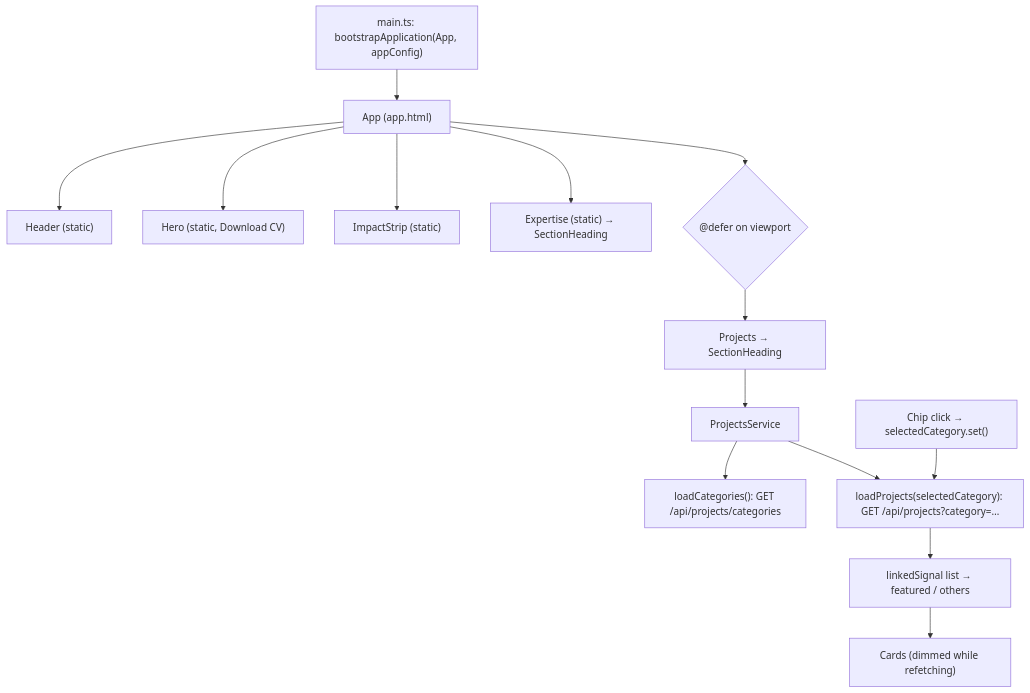
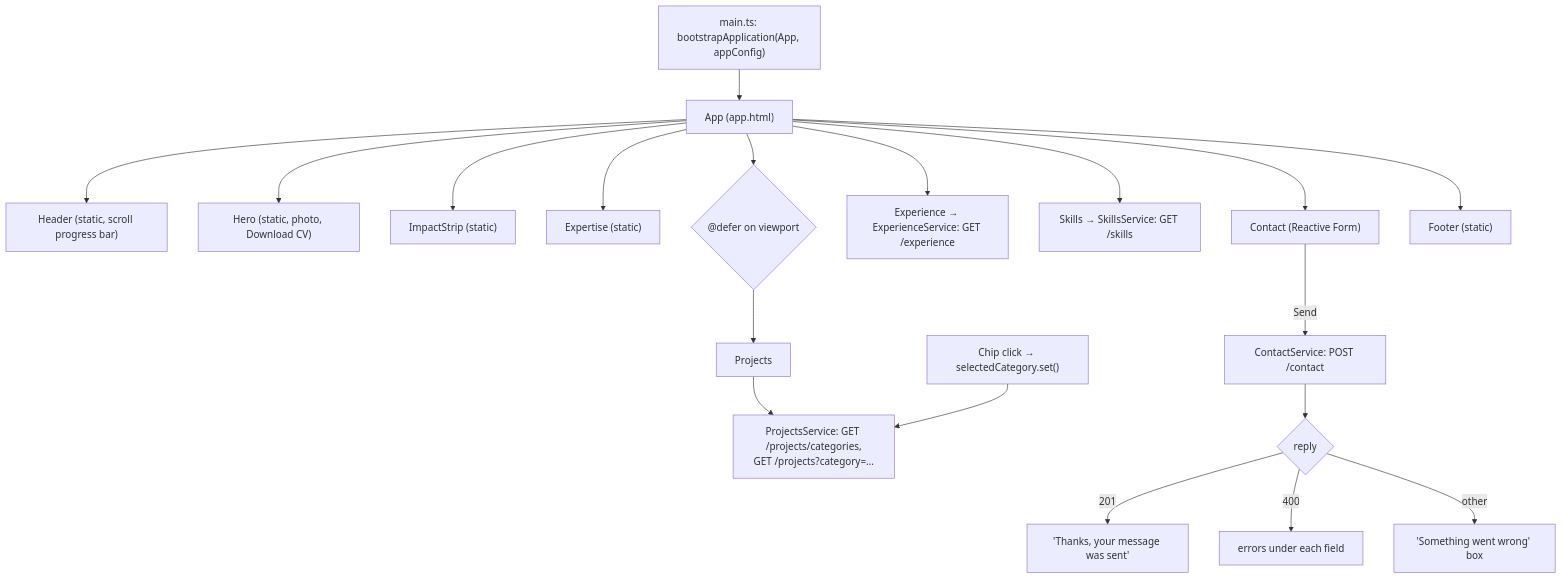
The diagram in docs/diagrams/frontend-flow.md (mdevaangini/portfolio), drawn with Mermaid before and after one commit. The commit also changed other lines of this file and 32 other files, not shown here.

````diff
--- a/docs/diagrams/frontend-flow.md
+++ b/docs/diagrams/frontend-flow.md
@@ -5,16 +5,21 @@
 ```mermaid
 flowchart TB
     M["main.ts: bootstrapApplication(App, appConfig)"] --> APP["App (app.html)"]
-    APP --> H["Header (static)"]
-    APP --> HE["Hero (static, Download CV)"]
+    APP --> H["Header (static, scroll progress bar)"]
+    APP --> HE["Hero (static, photo, Download CV)"]
     APP --> IS["ImpactStrip (static)"]
-    APP --> EX["Expertise (static) → SectionHeading"]
+    APP --> EX["Expertise (static)"]
     APP --> DF{"@defer on viewport"}
-    DF --> P["Projects → SectionHeading"]
-    P --> SVC["ProjectsService"]
-    SVC --> RC["loadCategories(): GET /api/projects/categories"]
-    SVC --> RP["loadProjects(selectedCategory): GET /api/projects?category=…"]
-    CH["Chip click → selectedCategory.set()"] --> RP
-    RP --> L["linkedSignal list → featured / others"]
-    L --> UI["Cards (dimmed while refetching)"]
+    DF --> P["Projects"]
+    P --> PS["ProjectsService: GET /projects/categories,<br/>GET /projects?category=…"]
+    CH["Chip click → selectedCategory.set()"] --> PS
+    APP --> XP["Experience → ExperienceService: GET /experience"]
+    APP --> SK["Skills → SkillsService: GET /skills"]
+    APP --> CO["Contact (Reactive Form)"]
+    CO -- "Send" --> CS["ContactService: POST /contact"]
+    CS --> ST{"reply"}
+    ST -- "201" --> OK["'Thanks, your message was sent'"]
+    ST -- "400" --> FE["errors under each field"]
+    ST -- "other" --> ER["'Something went wrong' box"]
+    APP --> F["Footer (static)"]
 ```
````
